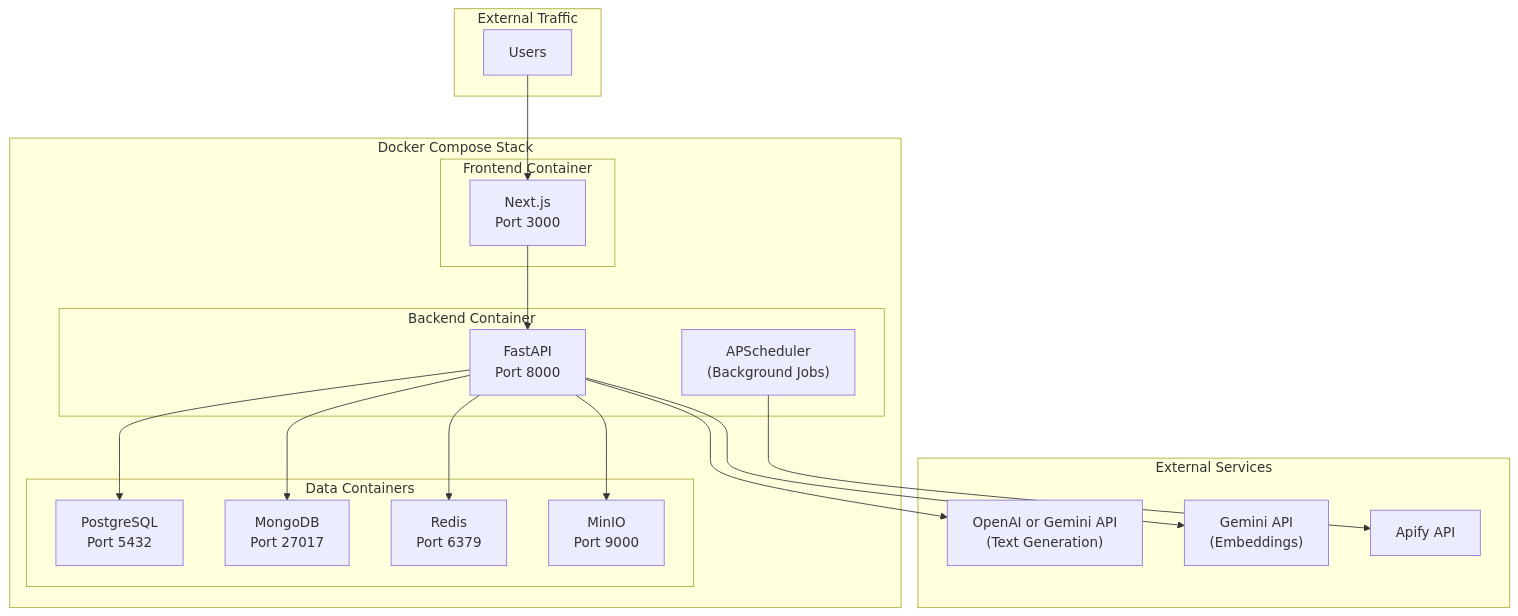
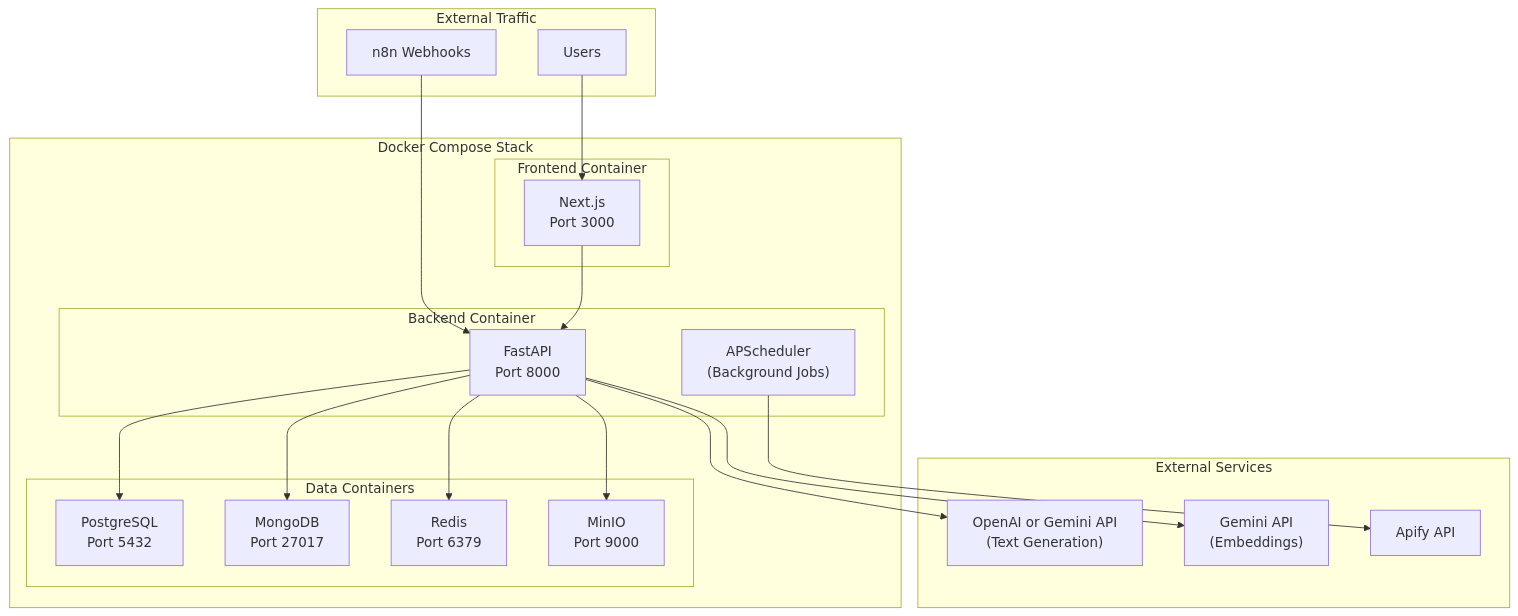
One commit to Sungchunn/AI-Resume-Tailor changed diagram 33 of 33 in docs/architecture/system-architecture.md. Above: the diagram before and after it, drawn with Mermaid. The commit also changed other lines of this file, not shown here.

First line of the commit message:
docs: update system architecture with webhook integration and schema corrections

````diff
--- a/docs/architecture/system-architecture.md
+++ b/docs/architecture/system-architecture.md
@@ -1908,42 +1983,44 @@
 ```mermaid
 flowchart TB
     subgraph External["External Traffic"]
         Users["Users"]
+        N8N["n8n Webhooks"]
     end
 
     subgraph Docker["Docker Compose Stack"]
         subgraph Frontend_C["Frontend Container"]
             NextJS["Next.js<br/>Port 3000"]
         end
 
         subgraph Backend_C["Backend Container"]
             FastAPI["FastAPI<br/>Port 8000"]
             APScheduler["APScheduler<br/>(Background Jobs)"]
         end
 
         subgraph Data_C["Data Containers"]
             PostgreSQL["PostgreSQL<br/>Port 5432"]
             MongoDB["MongoDB<br/>Port 27017"]
             Redis["Redis<br/>Port 6379"]
             MinIO["MinIO<br/>Port 9000"]
         end
     end
 
     subgraph External_Services["External Services"]
         AIProvider["OpenAI or Gemini API<br/>(Text Generation)"]
         GeminiEmbed["Gemini API<br/>(Embeddings)"]
         Apify["Apify API"]
     end
 
     Users --> NextJS
+    N8N --> FastAPI
     NextJS --> FastAPI
 
     FastAPI --> PostgreSQL
     FastAPI --> MongoDB
     FastAPI --> Redis
     FastAPI --> MinIO
 
     FastAPI --> AIProvider
     FastAPI --> GeminiEmbed
     APScheduler --> Apify
 ```
````
